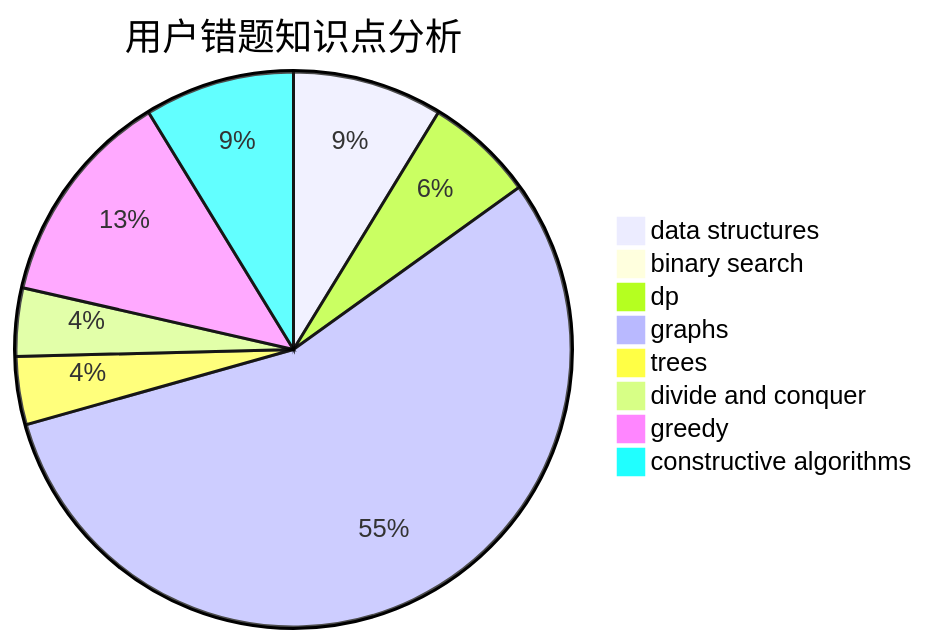
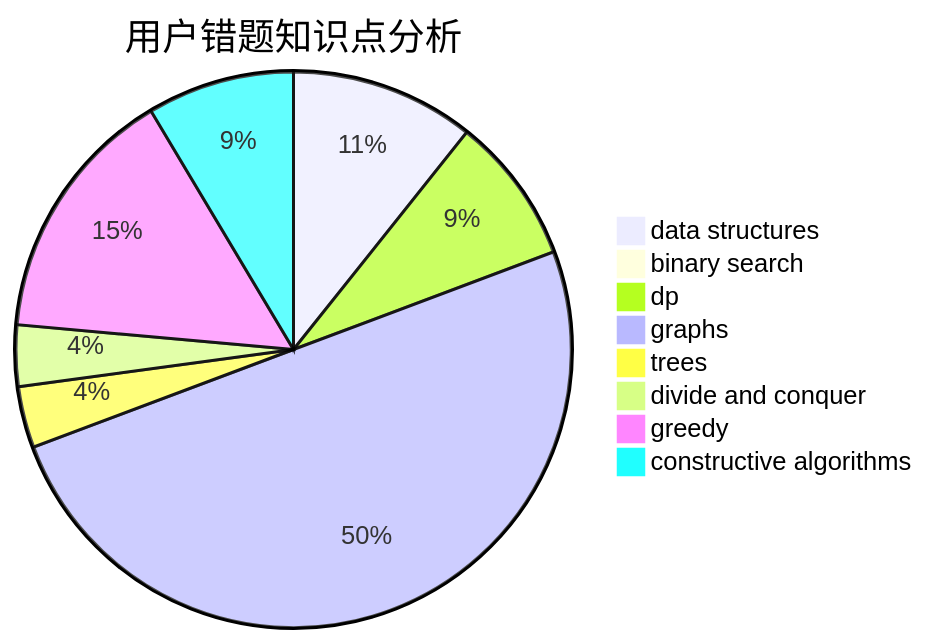
One commit to sherpahu/cfrs.github.io changed the third of 3 diagrams in docs/user/u1045.md. Above: the diagram before and after it, drawn with Mermaid. The commit also changed other lines of this file and 2770 other files, not shown here.

````diff
--- a/docs/user/u1045.md
+++ b/docs/user/u1045.md
@@ -36,11 +36,11 @@
 ```mermaid
 pie title 用户错题知识点分析
-    "data structures" :  11
+    "data structures" :  15
     "binary search" :  1
-    "dp" :  8
+    "dp" :  12
     "graphs" :  70
     "trees" :  5
     "divide and conquer" :  5
-    "greedy" :  16
-    "constructive algorithms" :  11
+    "greedy" :  21
+    "constructive algorithms" :  12
 ```
````
